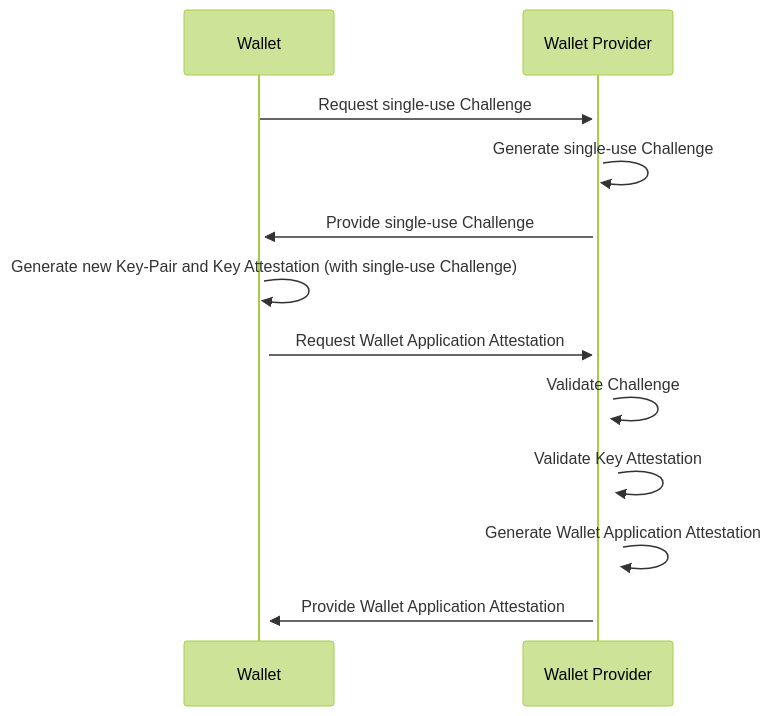
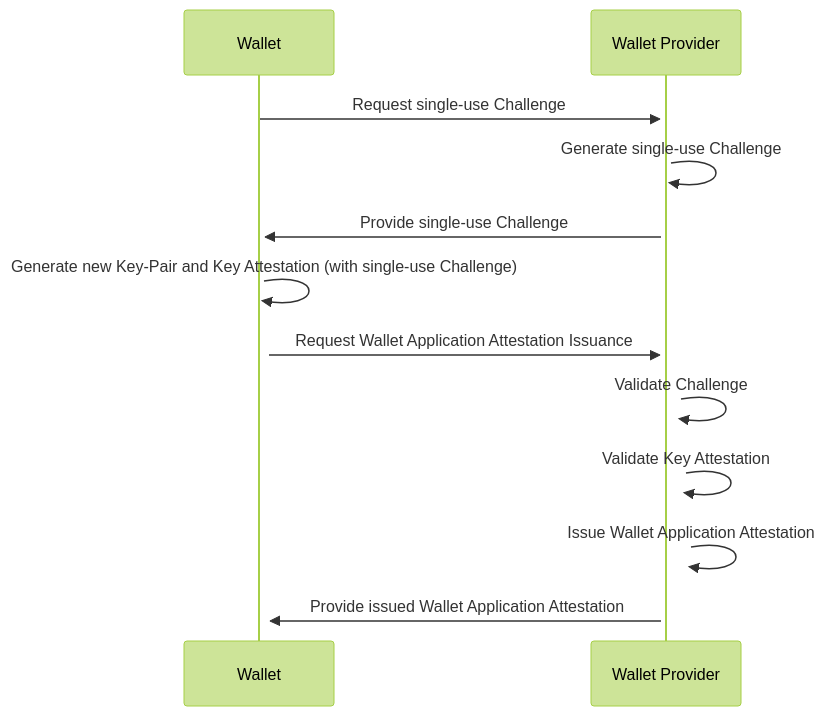
The diagram in README.md (niscy-eudiw/eudi-srv-wallet-provider), drawn with Mermaid (forest theme) before and after one commit. The commit also changed other lines of this file and 5 other files, not shown here.

Commit message:
Rename Wallet Application Attestation related classes

````diff
--- a/README.md
+++ b/README.md
@@ -62,20 +62,20 @@
 ```mermaid
 sequenceDiagram    
     participant W as Wallet
     participant WP as Wallet Provider
     
     
     W->>+WP: Request single-use Challenge
     WP->>+WP: Generate single-use Challenge
     WP->>+W: Provide single-use Challenge
     
     W->>+W: Generate new Key-Pair and Key Attestation (with single-use Challenge)
     
-    W->>+WP: Request Wallet Application Attestation
+    W->>+WP: Request Wallet Application Attestation Issuance
     
     WP->>+WP: Validate Challenge
     WP->>+WP: Validate Key Attestation
-    WP->>+WP: Generate Wallet Application Attestation
+    WP->>+WP: Issue Wallet Application Attestation
     
-    WP->>+W: Provide Wallet Application Attestation
+    WP->>+W: Provide issued Wallet Application Attestation
 ```
````
